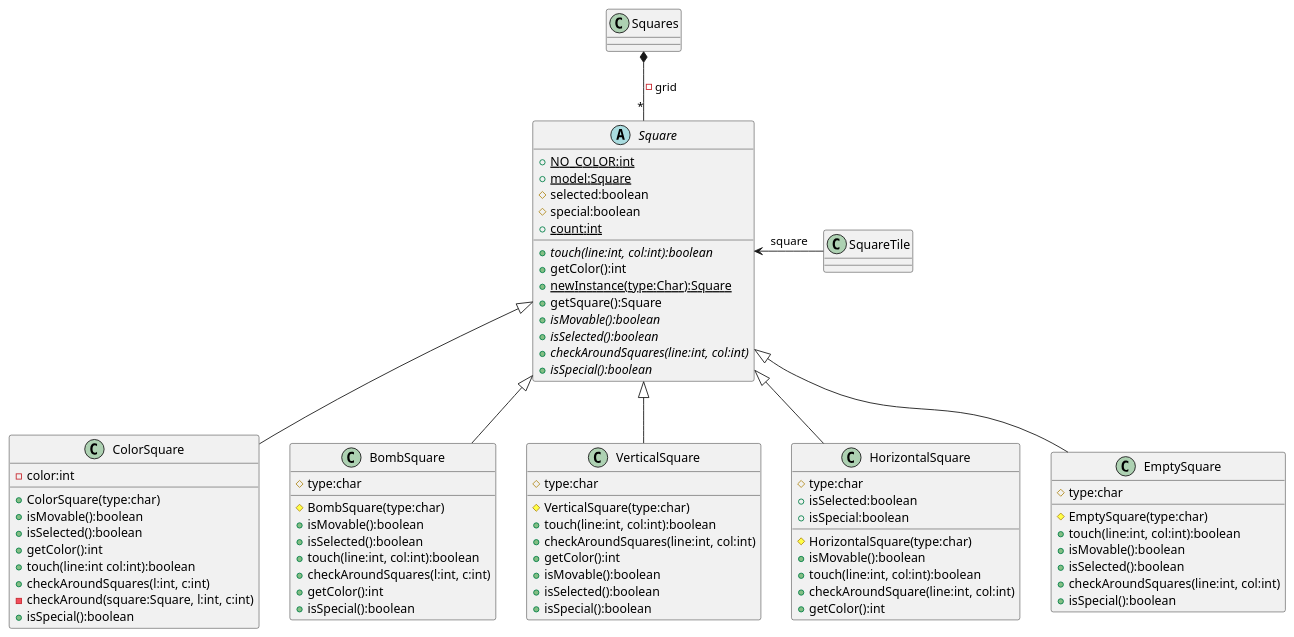
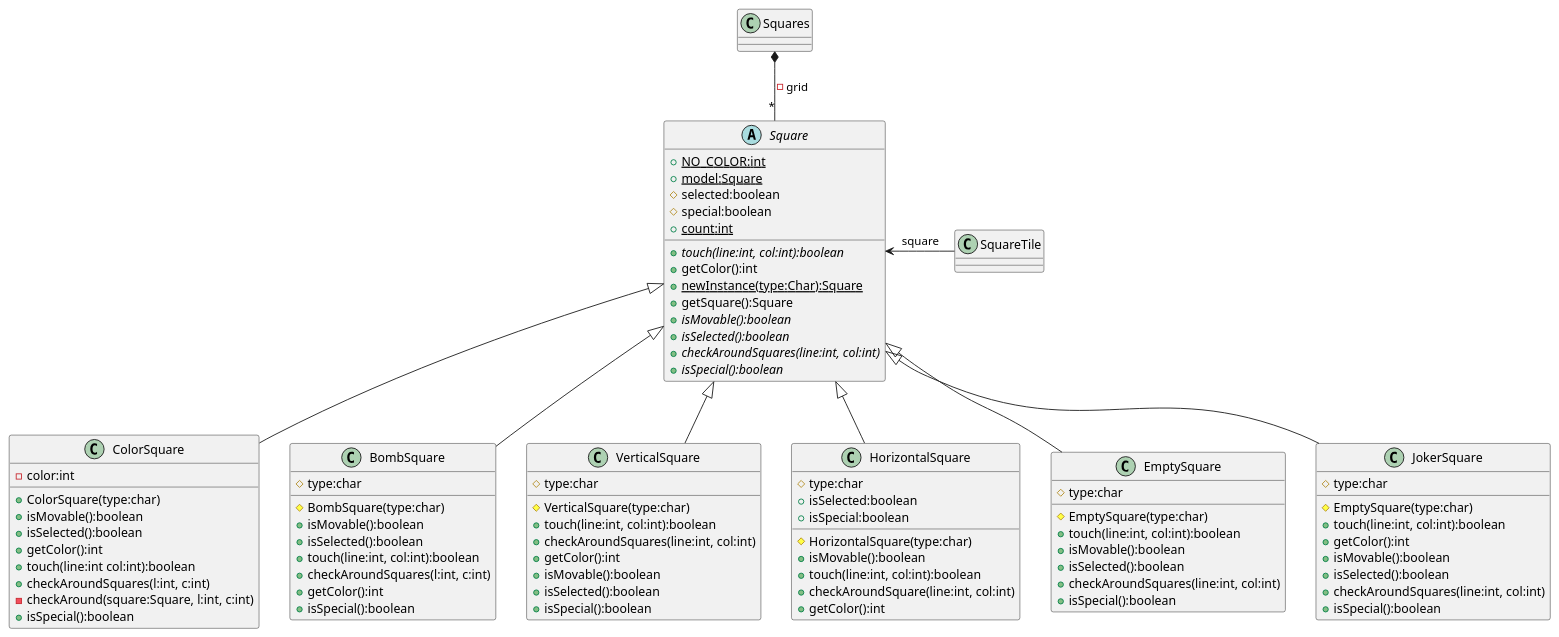
The diagram in src/UML_SquaresConsole_model.puml (sikandre/ISEL-LEIC-1718i-Squares), drawn with PlantUML before and after one commit. The commit also changed 1 other file, not shown here.

Commit message:
UML actualizado com JokerTile

```diff
--- a/src/UML_SquaresConsole_model.puml
+++ b/src/UML_SquaresConsole_model.puml
@@ -1,89 +1,100 @@
 @startuml
 
 
 Squares *-- "*" Square : -grid
 
 abstract class Square {
     +{static}NO_COLOR:int
     +{static}model:Square
     #selected:boolean
     #special:boolean
     +{static}count:int
     +{abstract}touch(line:int, col:int):boolean
     +getColor():int
     +{static}newInstance(type:Char):Square
     +getSquare():Square
     +{abstract}isMovable():boolean
     +{abstract}isSelected():boolean
     +{abstract}checkAroundSquares(line:int, col:int)
     +{abstract}isSpecial():boolean
 }
 
 class ColorSquare {
     -color:int
     +ColorSquare(type:char)
     +isMovable():boolean
     +isSelected():boolean
     +getColor():int
     +touch(line:int col:int):boolean
     +checkAroundSquares(l:int, c:int)
     -checkAround(square:Square, l:int, c:int)
     +isSpecial():boolean
 }
 
 class BombSquare {
     #type:char
     #BombSquare(type:char)
     +isMovable():boolean
     +isSelected():boolean
     +touch(line:int, col:int):boolean
     +checkAroundSquares(l:int, c:int)
     +getColor():int
     +isSpecial():boolean
 }
 
 class VerticalSquare {
     #type:char
     #VerticalSquare(type:char)
     +touch(line:int, col:int):boolean
     +checkAroundSquares(line:int, col:int)
     +getColor():int
     +isMovable():boolean
     +isSelected():boolean
     +isSpecial():boolean
 }
 
 class HorizontalSquare {
     #type:char
     #HorizontalSquare(type:char)
     +isMovable():boolean
     +isSelected:boolean
     +touch(line:int, col:int):boolean
     +checkAroundSquare(line:int, col:int)
     +getColor():int
     +isSpecial:boolean
 }
 
 class EmptySquare {
     #type:char
     #EmptySquare(type:char)
     +touch(line:int, col:int):boolean
     +isMovable():boolean
     +isSelected():boolean
     +checkAroundSquares(line:int, col:int)
     +isSpecial():boolean
 }
+class JokerSquare {
+     #type:char
+     #EmptySquare(type:char)
+     +touch(line:int, col:int):boolean
+     +getColor():int
+     +isMovable():boolean
+     +isSelected():boolean
+     +checkAroundSquares(line:int, col:int)
+     +isSpecial():boolean
+ }
 
 Square <- SquareTile : square
 
 Square <|-- ColorSquare
 Square <|-- BombSquare
 Square <|-- VerticalSquare
 Square <|-- HorizontalSquare
 Square <|-- EmptySquare
+Square <|-- JokerSquare
 
 
 
 
 
 @enduml
```
